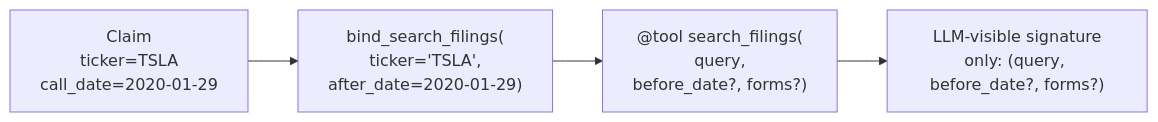
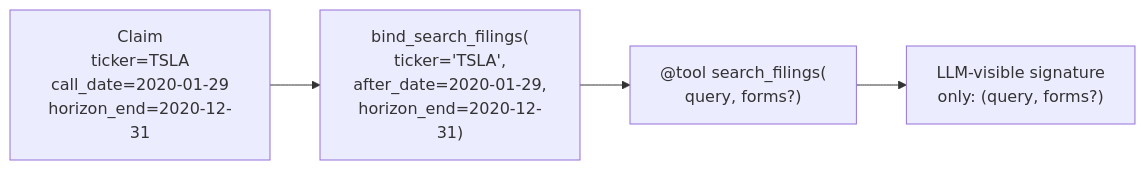
The seventh of 8 diagrams in docs/architecture.md (thomashillenbrand/finm-33200-group7), drawn with Mermaid before and after one commit. The commit also changed other lines of this file and 9 other files, not shown here.

First line of the commit message:
bound filing search by claim horizon via reportDate

````diff
--- a/docs/architecture.md
+++ b/docs/architecture.md
@@ -422,10 +430,10 @@
 ```mermaid
 flowchart LR
-    claim["Claim<br/>ticker=TSLA<br/>call_date=2020-01-29"]
-    bind["bind_search_filings(<br/>ticker='TSLA',<br/>after_date=2020-01-29)"]
-    closure["@tool search_filings(<br/>query,<br/>before_date?, forms?)"]
-    visible["LLM-visible signature<br/>only: (query, before_date?, forms?)"]
+    claim["Claim<br/>ticker=TSLA<br/>call_date=2020-01-29<br/>horizon_end=2020-12-31"]
+    bind["bind_search_filings(<br/>ticker='TSLA',<br/>after_date=2020-01-29,<br/>horizon_end=2020-12-31)"]
+    closure["@tool search_filings(<br/>query, forms?)"]
+    visible["LLM-visible signature<br/>only: (query, forms?)"]
 
     claim --> bind --> closure
     closure --> visible
 ```
````
